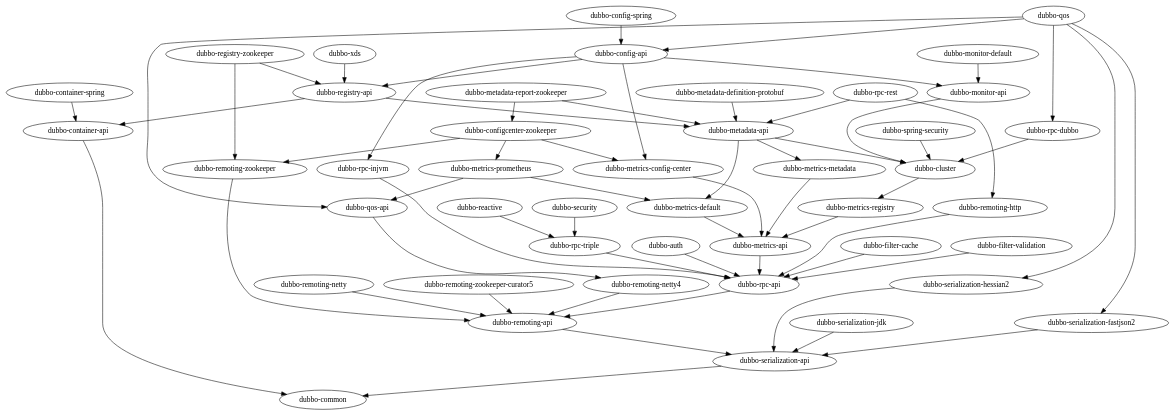
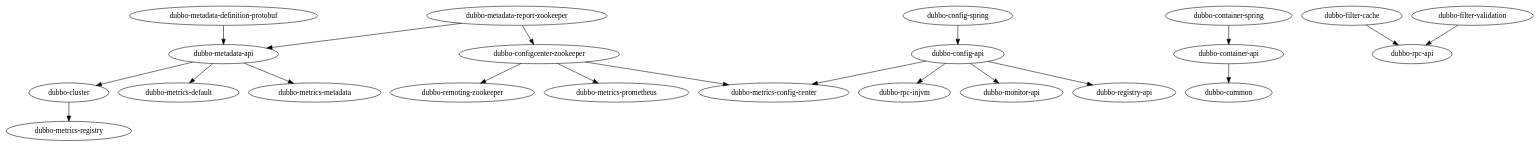
The diagram in docs/1、架构/3. Dubbo模块.md (MoonChaserChen/Re0-Dubbo), drawn with PlantUML before and after one commit.

Commit message:
no commit message

````diff
--- a/docs/1、架构/3. Dubbo模块.md
+++ b/docs/1、架构/3. Dubbo模块.md
@@ -13,63 +13,23 @@
 ```plantuml
 digraph G {
     "dubbo-cluster" -> "dubbo-metrics-registry"
     "dubbo-config-api" -> "dubbo-rpc-injvm"
     "dubbo-config-api" -> "dubbo-monitor-api"
     "dubbo-config-api" -> "dubbo-metrics-config-center"
     "dubbo-config-api" -> "dubbo-registry-api"
     "dubbo-config-spring" -> "dubbo-config-api"
     "dubbo-configcenter-zookeeper" -> "dubbo-metrics-prometheus"
     "dubbo-configcenter-zookeeper" -> "dubbo-remoting-zookeeper"
     "dubbo-configcenter-zookeeper" -> "dubbo-metrics-config-center"
     "dubbo-container-api" -> "dubbo-common"
     "dubbo-container-spring" -> "dubbo-container-api"
     "dubbo-filter-cache" -> "dubbo-rpc-api"
     "dubbo-filter-validation" -> "dubbo-rpc-api"
     "dubbo-metadata-api" -> "dubbo-metrics-default"
     "dubbo-metadata-api" -> "dubbo-cluster"
     "dubbo-metadata-api" -> "dubbo-metrics-metadata"
     "dubbo-metadata-report-zookeeper" -> "dubbo-metadata-api"
     "dubbo-metadata-report-zookeeper" -> "dubbo-configcenter-zookeeper"
     "dubbo-metadata-definition-protobuf" -> "dubbo-metadata-api"
-    "dubbo-metrics-api" -> "dubbo-rpc-api"
-    "dubbo-metrics-default" -> "dubbo-metrics-api"
-    "dubbo-metrics-registry" -> "dubbo-metrics-api"
-    "dubbo-metrics-prometheus" -> "dubbo-metrics-default"
-    "dubbo-metrics-prometheus" -> "dubbo-qos-api"
-    "dubbo-metrics-metadata" -> "dubbo-metrics-api"
-    "dubbo-metrics-config-center" -> "dubbo-metrics-api"
-    "dubbo-monitor-api" -> "dubbo-cluster"
-    "dubbo-monitor-default" -> "dubbo-monitor-api"
-    "dubbo-auth" -> "dubbo-rpc-api"
-    "dubbo-qos-api" -> "dubbo-remoting-netty4"
-    "dubbo-qos" -> "dubbo-config-api"
-    "dubbo-qos" -> "dubbo-serialization-fastjson2"
-    "dubbo-qos" -> "dubbo-qos-api"
-    "dubbo-qos" -> "dubbo-rpc-dubbo"
-    "dubbo-qos" -> "dubbo-serialization-hessian2"
-    "dubbo-security" -> "dubbo-rpc-triple"
-    "dubbo-reactive" -> "dubbo-rpc-triple"
-    "dubbo-spring-security" -> "dubbo-cluster"
-    "dubbo-registry-api" -> "dubbo-metadata-api"
-    "dubbo-registry-api" -> "dubbo-container-api"
-    "dubbo-registry-zookeeper" -> "dubbo-remoting-zookeeper"
-    "dubbo-registry-zookeeper" -> "dubbo-registry-api"
-    "dubbo-remoting-api" -> "dubbo-serialization-api"
-    "dubbo-remoting-http" -> "dubbo-rpc-api"
-    "dubbo-remoting-netty" -> "dubbo-remoting-api"
-    "dubbo-remoting-netty4" -> "dubbo-remoting-api"
-    "dubbo-remoting-zookeeper" -> "dubbo-remoting-api"
-    "dubbo-remoting-zookeeper-curator5" -> "dubbo-remoting-api"
-    "dubbo-rpc-api" -> "dubbo-remoting-api"
-    "dubbo-rpc-dubbo" -> "dubbo-cluster"
-    "dubbo-rpc-injvm" -> "dubbo-rpc-api"
-    "dubbo-rpc-rest" -> "dubbo-remoting-http"
-    "dubbo-rpc-rest" -> "dubbo-metadata-api"
-    "dubbo-rpc-triple" -> "dubbo-rpc-api"
-    "dubbo-serialization-api" -> "dubbo-common"
-    "dubbo-serialization-hessian2" -> "dubbo-serialization-api"
-    "dubbo-serialization-fastjson2" -> "dubbo-serialization-api"
-    "dubbo-serialization-jdk" -> "dubbo-serialization-api"
-    "dubbo-xds" -> "dubbo-registry-api"
 }
 ```
````
